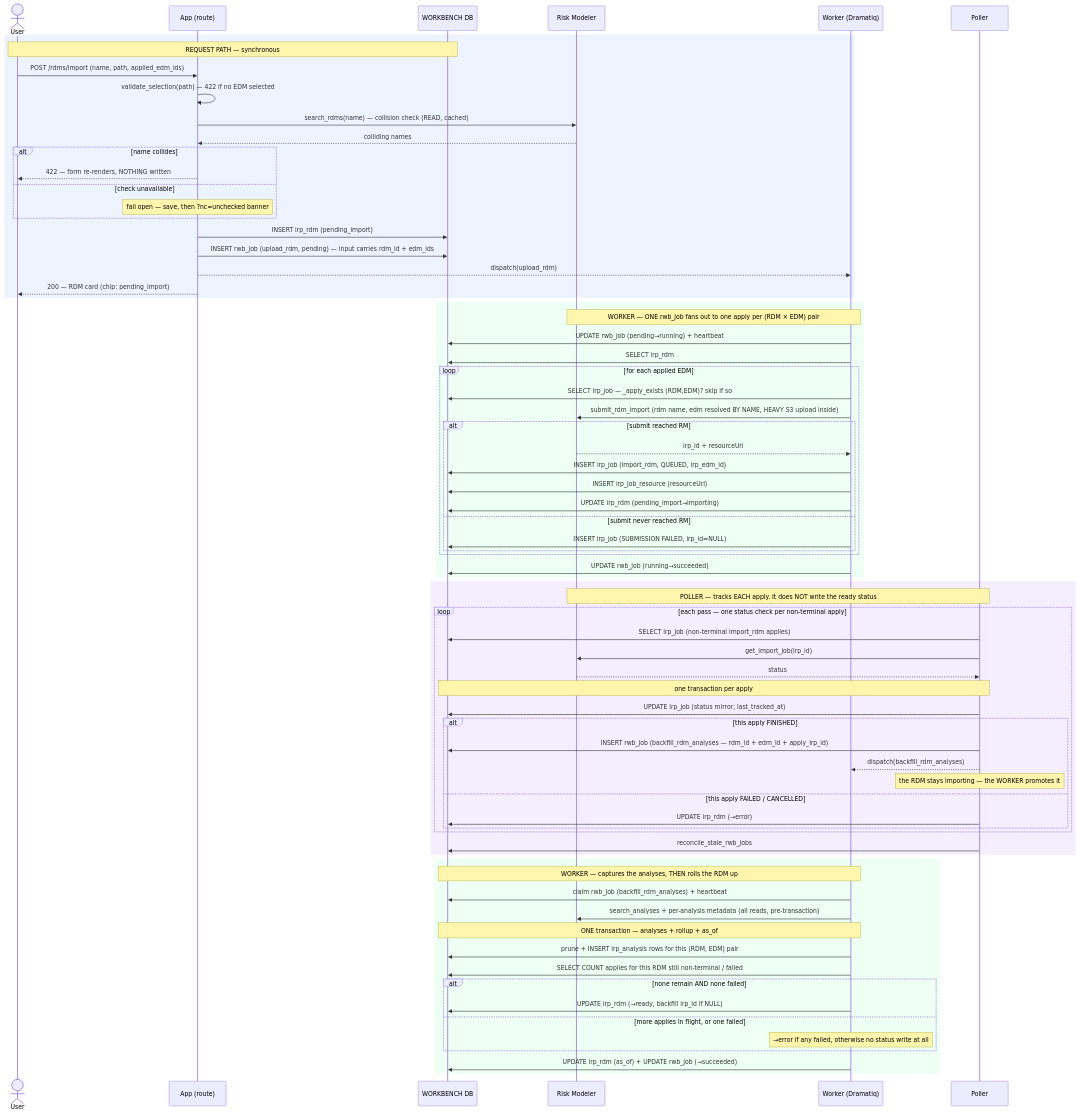
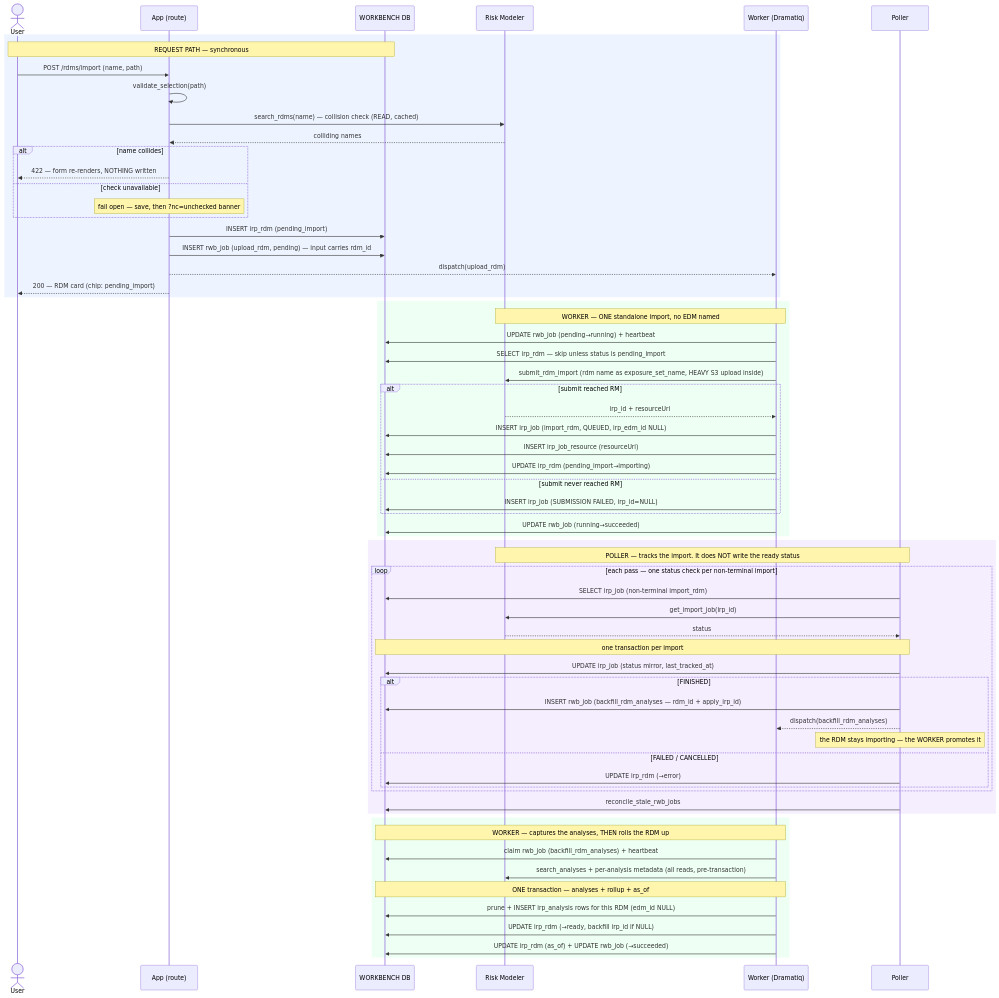
One commit to anilvenugopal/risk-workbench changed the diagram in docs/sequence_diagrams/entities/import_rdm.md. Above: the diagram before and after it, drawn with Mermaid. The commit also changed other lines of this file and 8 other files, not shown here.

First line of the commit message:
Update docs and sequence diagrams for standalone RDM import

````diff
--- a/docs/sequence_diagrams/entities/import_rdm.md
+++ b/docs/sequence_diagrams/entities/import_rdm.md
@@ -51,79 +50,71 @@
 ```mermaid
 sequenceDiagram
     actor User
     participant App as App (route)
     participant DB as WORKBENCH DB
     participant RM as Risk Modeler
     participant W as Worker (Dramatiq)
     participant P as Poller
 
     rect rgb(238,244,255)
         Note over User,DB: REQUEST PATH — synchronous
-        User->>App: POST /rdms/import (name, path, applied_edm_ids)
-        App->>App: validate_selection(path) — 422 if no EDM selected
+        User->>App: POST /rdms/import (name, path)
+        App->>App: validate_selection(path)
         App->>RM: search_rdms(name) — collision check (READ, cached)
         RM-->>App: colliding names
         alt name collides
             App-->>User: 422 — form re-renders, NOTHING written
         else check unavailable
             Note over App: fail open — save, then ?nc=unchecked banner
         end
         App->>DB: INSERT irp_rdm (pending_import)
-        App->>DB: INSERT rwb_job (upload_rdm, pending) — input carries rdm_id + edm_ids
+        App->>DB: INSERT rwb_job (upload_rdm, pending) — input carries rdm_id
         App-->>W: dispatch(upload_rdm)
         App-->>User: 200 — RDM card (chip: pending_import)
     end
 
     rect rgb(238,255,244)
-        Note over W,RM: WORKER — ONE rwb_job fans out to one apply per (RDM × EDM) pair
+        Note over W,RM: WORKER — ONE standalone import, no EDM named
         W->>DB: UPDATE rwb_job (pending→running) + heartbeat
-        W->>DB: SELECT irp_rdm
-        loop for each applied EDM
-            W->>DB: SELECT irp_job — _apply_exists (RDM,EDM)? skip if so
-            W->>RM: submit_rdm_import (rdm name, edm resolved BY NAME, HEAVY S3 upload inside)
-            alt submit reached RM
-                RM-->>W: irp_id + resourceUri
-                W->>DB: INSERT irp_job (import_rdm, QUEUED, irp_edm_id)
-                W->>DB: INSERT irp_job_resource (resourceUri)
-                W->>DB: UPDATE irp_rdm (pending_import→importing)
-            else submit never reached RM
-                W->>DB: INSERT irp_job (SUBMISSION FAILED, irp_id=NULL)
-            end
+        W->>DB: SELECT irp_rdm — skip unless status is pending_import
+        W->>RM: submit_rdm_import (rdm name as exposure_set_name, HEAVY S3 upload inside)
+        alt submit reached RM
+            RM-->>W: irp_id + resourceUri
+            W->>DB: INSERT irp_job (import_rdm, QUEUED, irp_edm_id NULL)
+            W->>DB: INSERT irp_job_resource (resourceUri)
+            W->>DB: UPDATE irp_rdm (pending_import→importing)
+        else submit never reached RM
+            W->>DB: INSERT irp_job (SUBMISSION FAILED, irp_id=NULL)
         end
         W->>DB: UPDATE rwb_job (running→succeeded)
     end
 
     rect rgb(245,238,255)
-        Note over P,RM: POLLER — tracks EACH apply. It does NOT write the ready status
-        loop each pass — one status check per non-terminal apply
-            P->>DB: SELECT irp_job (non-terminal import_rdm applies)
+        Note over P,RM: POLLER — tracks the import. It does NOT write the ready status
+        loop each pass — one status check per non-terminal import
+            P->>DB: SELECT irp_job (non-terminal import_rdm)
             P->>RM: get_import_job(irp_id)
             RM-->>P: status
-            Note over P,DB: one transaction per apply
+            Note over P,DB: one transaction per import
             P->>DB: UPDATE irp_job (status mirror, last_tracked_at)
-            alt this apply FINISHED
-                P->>DB: INSERT rwb_job (backfill_rdm_analyses — rdm_id + edm_id + apply_irp_id)
+            alt FINISHED
+                P->>DB: INSERT rwb_job (backfill_rdm_analyses — rdm_id + apply_irp_id)
                 P-->>W: dispatch(backfill_rdm_analyses)
                 Note over P: the RDM stays importing — the WORKER promotes it
-            else this apply FAILED / CANCELLED
+            else FAILED / CANCELLED
                 P->>DB: UPDATE irp_rdm (→error)
             end
         end
         P->>DB: reconcile_stale_rwb_jobs
     end
 
     rect rgb(238,255,244)
         Note over W,DB: WORKER — captures the analyses, THEN rolls the RDM up
         W->>DB: claim rwb_job (backfill_rdm_analyses) + heartbeat
         W->>RM: search_analyses + per-analysis metadata (all reads, pre-transaction)
         Note over W,DB: ONE transaction — analyses + rollup + as_of
-        W->>DB: prune + INSERT irp_analysis rows for this (RDM, EDM) pair
-        W->>DB: SELECT COUNT applies for this RDM still non-terminal / failed
-        alt none remain AND none failed
-            W->>DB: UPDATE irp_rdm (→ready, backfill irp_id if NULL)
-        else more applies in flight, or one failed
-            Note over W: →error if any failed, otherwise no status write at all
-        end
+        W->>DB: prune + INSERT irp_analysis rows for this RDM (edm_id NULL)
+        W->>DB: UPDATE irp_rdm (→ready, backfill irp_id if NULL)
         W->>DB: UPDATE irp_rdm (as_of) + UPDATE rwb_job (→succeeded)
     end
 ```
````
